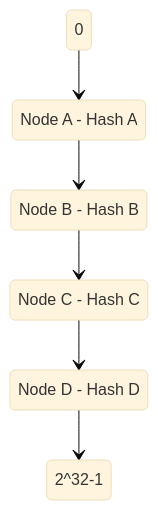
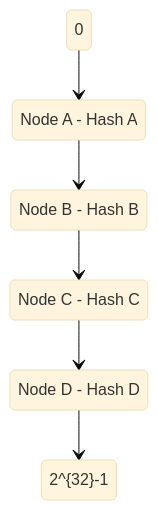
The first of 2 diagrams in algorithms/consistent-hash.md (yanjinzh6/notes), drawn with Mermaid (base theme) before and after one commit. The commit also changed other lines of this file and 1 other file, not shown here.

````diff
--- a/algorithms/consistent-hash.md
+++ b/algorithms/consistent-hash.md
@@ -20,14 +20,14 @@
 ```mermaid
 stateDiagram
   n: Node A - Hash A
   n2: Node B - Hash B
   n3: Node C - Hash C
   n4: Node D - Hash D
   a: 0
-  b: 2^32-1
+  b: 2^{32}-1
   a --> n
   n --> n2
   n2 --> n3
   n3 --> n4
   n4 --> b
 ```
````
